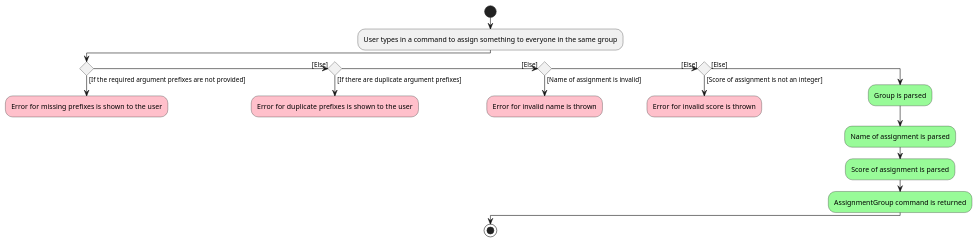
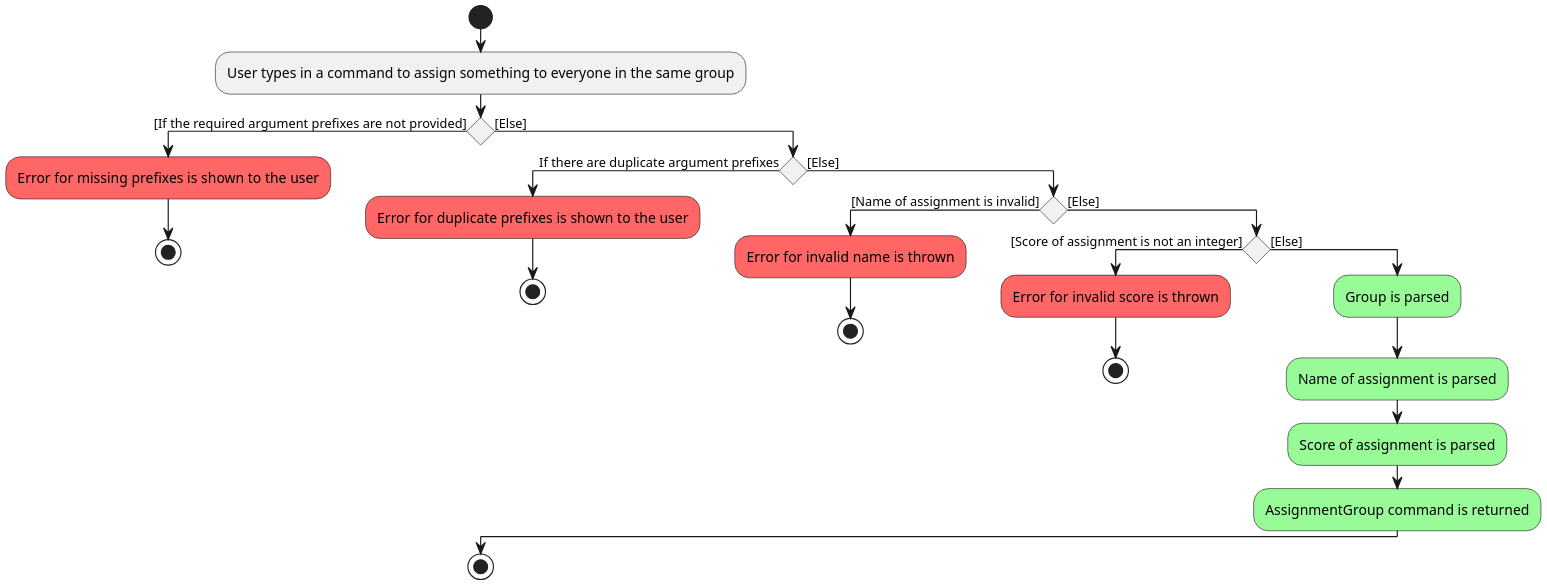
Before and after one commit to proto-aiken-13/tp: the diagram in docs/diagrams/AssignGroupParserActivityDiagram.puml, drawn with PlantUML. The commit also changed 9 other files, not shown here.

Commit message:
Fix DG Activity Diagram

```diff
--- a/docs/diagrams/AssignGroupParserActivityDiagram.puml
+++ b/docs/diagrams/AssignGroupParserActivityDiagram.puml
@@ -1,25 +1,34 @@
 @startuml
+scale 2.0
 'https://plantuml.com/activity-diagram-beta
 
 start
 :User types in a command to assign something to everyone in the same group;
+
 if () then ([If the required argument prefixes are not provided])
-    #pink:Error for missing prefixes is shown to the user;
-    kill
-([Else]) elseif () then ([If there are duplicate argument prefixes])
-    #pink:Error for duplicate prefixes is shown to the user;
-    kill
-([Else]) elseif () then ([Name of assignment is invalid])
-    #pink:Error for invalid name is thrown;
-    kill
-([Else]) elseif () then ([Score of assignment is not an integer])
-    #pink:Error for invalid score is thrown;
-    kill
+      #FF6666:Error for missing prefixes is shown to the user;
+      stop
 else ([Else])
-    #palegreen:Group is parsed;
-    #palegreen:Name of assignment is parsed;
-    #palegreen:Score of assignment is parsed;
-    #palegreen:AssignmentGroup command is returned;
+    if () then (If there are duplicate argument prefixes)
+        #FF6666:Error for duplicate prefixes is shown to the user;
+        stop
+    else ([Else])
+        if () then ([Name of assignment is invalid])
+            #FF6666:Error for invalid name is thrown;
+            stop
+        else ([Else])
+            if () then ([Score of assignment is not an integer])
+                #FF6666:Error for invalid score is thrown;
+                stop
+            else ([Else])
+               #palegreen:Group is parsed;
+               #palegreen:Name of assignment is parsed;
+               #palegreen:Score of assignment is parsed;
+               #palegreen:AssignmentGroup command is returned;
+            endif
+        endif
+    endif
 endif
+
 stop
 @enduml
```
